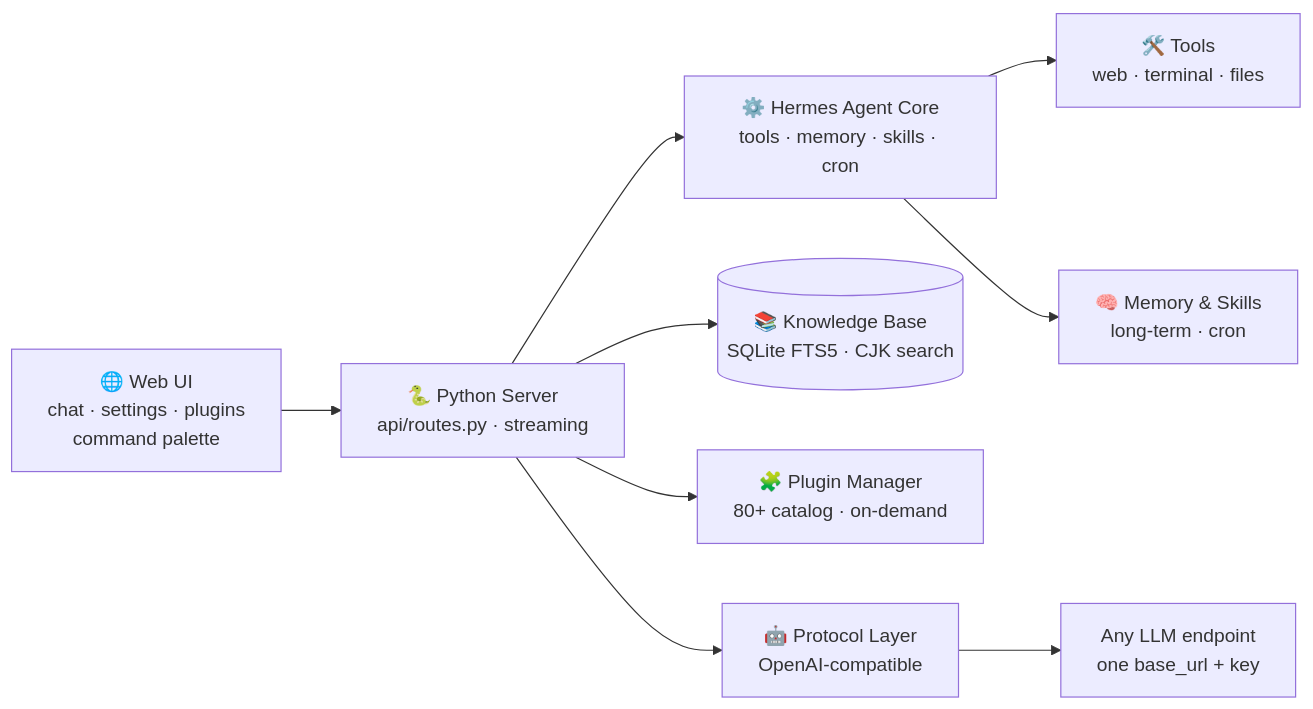
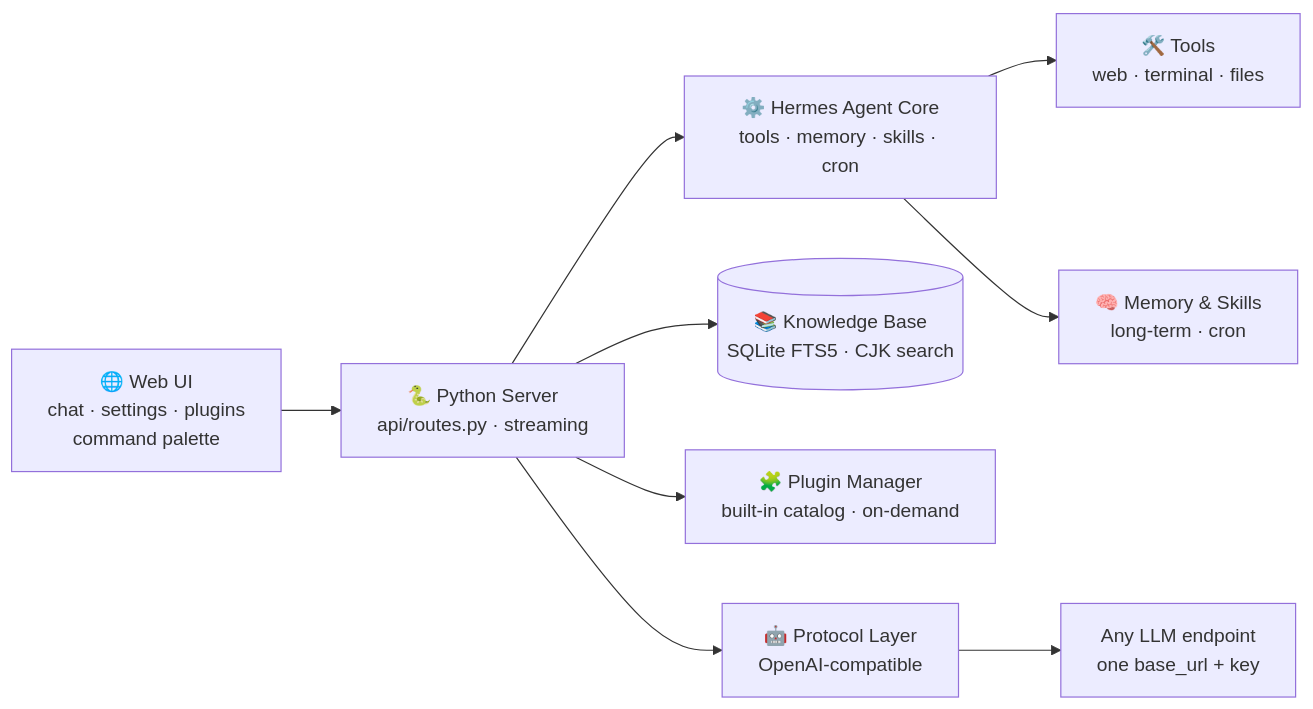
One commit to Morningstar202604/iris changed the diagram in README.md. Above: the diagram before and after it, drawn with Mermaid. The commit also changed other lines of this file and 4 other files, not shown here.

````diff
--- a/README.md
+++ b/README.md
@@ -103,11 +105,11 @@
 ```mermaid
 flowchart LR
     U["🌐 Web UI<br/>chat · settings · plugins<br/>command palette"] --> S["🐍 Python Server<br/>api/routes.py · streaming"]
     S --> A["⚙️ Hermes Agent Core<br/>tools · memory · skills · cron"]
     S --> KB[("📚 Knowledge Base<br/>SQLite FTS5 · CJK search")]
-    S --> PM["🧩 Plugin Manager<br/>80+ catalog · on-demand"]
+    S --> PM["🧩 Plugin Manager<br/>built-in catalog · on-demand"]
     S --> PL["🤖 Protocol Layer<br/>OpenAI-compatible"]
     PL --> M["Any LLM endpoint<br/>one base_url + key"]
     A --> T1["🛠️ Tools<br/>web · terminal · files"]
     A --> T2["🧠 Memory & Skills<br/>long-term · cron"]
 ```
````
